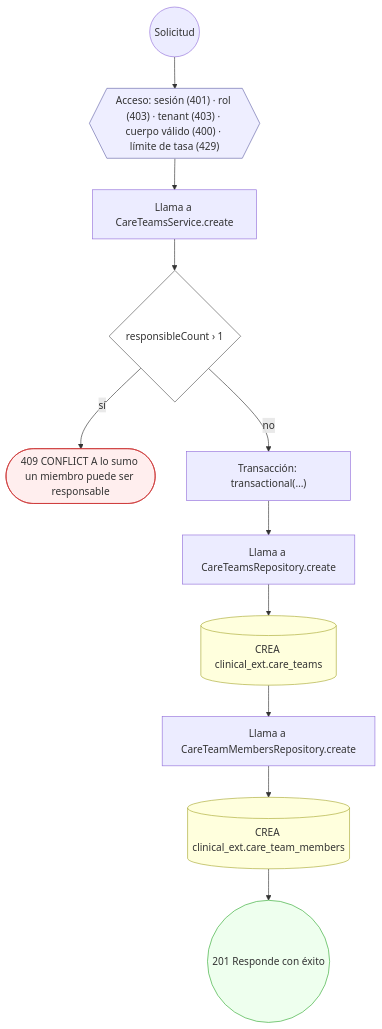
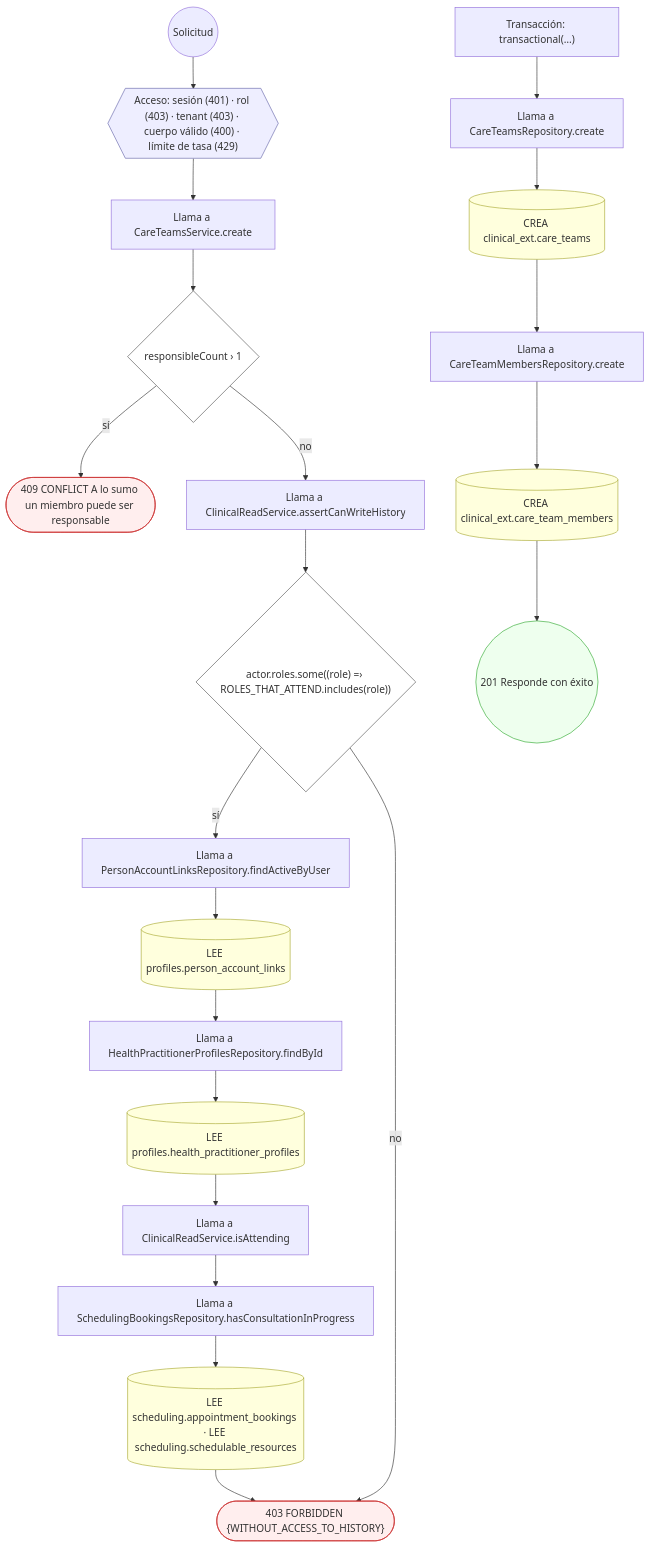
Before and after one commit to mdavila-2001/mantra-core-health-api: the sixth of 26 diagrams in docs/inventario/flujos/clinical_ext.md, drawn with Mermaid. The commit also changed other lines of this file and 438 other files, not shown here.

````diff
--- a/docs/inventario/flujos/clinical_ext.md
+++ b/docs/inventario/flujos/clinical_ext.md
@@ -339,30 +486,50 @@
 ```mermaid
 flowchart TD
   n1(("Solicitud")):::inicio
   n2{{"Acceso: sesión (401) · rol (403) · tenant (403) · cuerpo válido (400) · límite de tasa (429)"}}:::acceso
   n1 --> n2
   n3["Llama a CareTeamsService.create"]:::llamada
   n2 --> n3
   n4{"responsibleCount › 1"}:::decision
   n3 --> n4
   n5(["409 CONFLICT A lo sumo un miembro puede ser responsable"]):::error
   n4 -->|"sí"| n5
-  n6["Transacción: transactional(…)"]:::transaccion
+  n6["Llama a ClinicalReadService.assertCanWriteHistory"]:::llamada
   n4 -->|"no"| n6
-  n7["Llama a CareTeamsRepository.create"]:::llamada
+  n7{"actor.roles.some((role) =› ROLES_THAT_ATTEND.includes(role))"}:::decision
   n6 --> n7
-  n8[("CREA clinical_ext.care_teams")]:::efecto
-  n7 --> n8
-  n9["Llama a CareTeamMembersRepository.create"]:::llamada
+  n8["Llama a PersonAccountLinksRepository.findActiveByUser"]:::llamada
+  n7 -->|"sí"| n8
+  n9[("LEE profiles.person_account_links")]:::efecto
   n8 --> n9
-  n10[("CREA clinical_ext.care_team_members")]:::efecto
+  n10["Llama a HealthPractitionerProfilesRepository.findById"]:::llamada
   n9 --> n10
-  n11(("201 Responde con éxito")):::ok
+  n11[("LEE profiles.health_practitioner_profiles")]:::efecto
   n10 --> n11
+  n12["Llama a ClinicalReadService.isAttending"]:::llamada
+  n11 --> n12
+  n13["Llama a SchedulingBookingsRepository.hasConsultationInProgress"]:::llamada
+  n12 --> n13
+  n14[("LEE scheduling.appointment_bookings · LEE scheduling.schedulable_resources")]:::efecto
+  n13 --> n14
+  n15(["403 FORBIDDEN {WITHOUT_ACCESS_TO_HISTORY}"]):::error
+  n14 --> n15
+  n7 -->|"no"| n15
+  n16["Transacción: transactional(…)"]:::transaccion
+  n17["Llama a CareTeamsRepository.create"]:::llamada
+  n16 --> n17
+  n18[("CREA clinical_ext.care_teams")]:::efecto
+  n17 --> n18
+  n19["Llama a CareTeamMembersRepository.create"]:::llamada
+  n18 --> n19
+  n20[("CREA clinical_ext.care_team_members")]:::efecto
+  n19 --> n20
+  n21(("201 Responde con éxito")):::ok
+  n20 --> n21
   classDef acceso fill:#eef,stroke:#66a
   classDef error fill:#fee,stroke:#c33
   classDef ok fill:#efe,stroke:#3a3
   classDef efecto fill:#ffd,stroke:#aa3
   classDef decision fill:#fff,stroke:#555
   classDef corte fill:#eee,stroke:#999,stroke-dasharray: 4
 ```
````
